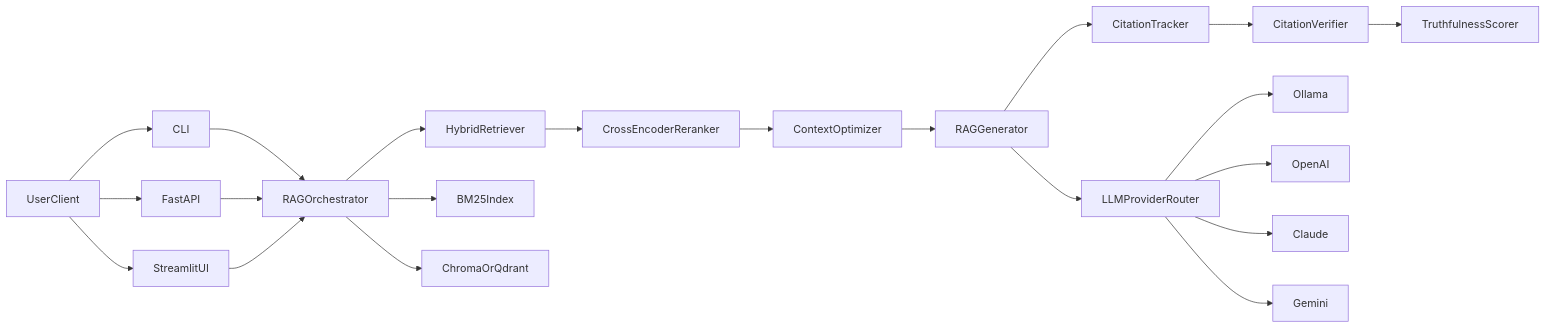
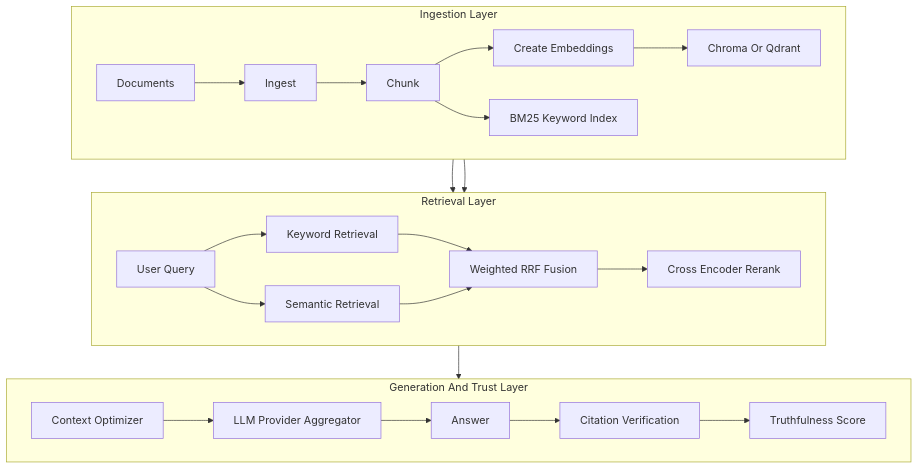
Before and after one commit to vampokala/doc-ingestion: the second of 2 diagrams in README.md, drawn with Mermaid. The commit also changed other lines of this file and 13 other files, not shown here.

````diff
--- a/README.md
+++ b/README.md
@@ -106,23 +76,45 @@
 ```mermaid
-flowchart LR
-  userClient[UserClient] --> cliLayer[CLI]
-  userClient --> apiLayer[FastAPI]
-  userClient --> streamlitUi[StreamlitUI]
-  cliLayer --> orchestrator[RAGOrchestrator]
-  apiLayer --> orchestrator
-  streamlitUi --> orchestrator
-  orchestrator --> hybridRetriever[HybridRetriever]
-  hybridRetriever --> reranker[CrossEncoderReranker]
-  reranker --> contextOptimizer[ContextOptimizer]
-  contextOptimizer --> generator[RAGGenerator]
-  generator --> citationTracker[CitationTracker]
-  citationTracker --> citationVerifier[CitationVerifier]
-  citationVerifier --> truthfulness[TruthfulnessScorer]
-  generator --> llmRouter[LLMProviderRouter]
-  llmRouter --> ollamaProvider[Ollama]
-  llmRouter --> openaiProvider[OpenAI]
-  llmRouter --> anthropicProvider[Claude]
-  llmRouter --> geminiProvider[Gemini]
-  orchestrator --> bm25Store[BM25Index]
-  orchestrator --> vectorStore[ChromaOrQdrant]
+flowchart TB
+  subgraph ingestionLayer [Ingestion Layer]
+    direction LR
+    documents[Documents]
+    ingest[Ingest]
+    chunk[Chunk]
+    embed[Create Embeddings]
+    vectorStore[Chroma Or Qdrant]
+    keywordIndex[BM25 Keyword Index]
+  end
+
+  subgraph retrievalLayer [Retrieval Layer]
+    direction LR
+    query[User Query]
+    keyword[Keyword Retrieval]
+    semantic[Semantic Retrieval]
+    rrf[Weighted RRF Fusion]
+    rerank[Cross Encoder Rerank]
+  end
+
+  subgraph generationLayer [Generation And Trust Layer]
+    direction LR
+    context[Context Optimizer]
+    aggregator[LLM Provider Aggregator]
+    answer[Answer]
+    citations[Citation Verification]
+    truth[Truthfulness Score]
+  end
+
+  documents --> ingest
+  ingest --> chunk
+  chunk --> embed --> vectorStore
+  chunk --> keywordIndex
+
+  query --> keyword
+  query --> semantic
+  keywordIndex --> keyword
+  vectorStore --> semantic
+  keyword --> rrf
+  semantic --> rrf
+
+  rrf --> rerank --> context --> aggregator --> answer
+  answer --> citations --> truth
 ```
````
